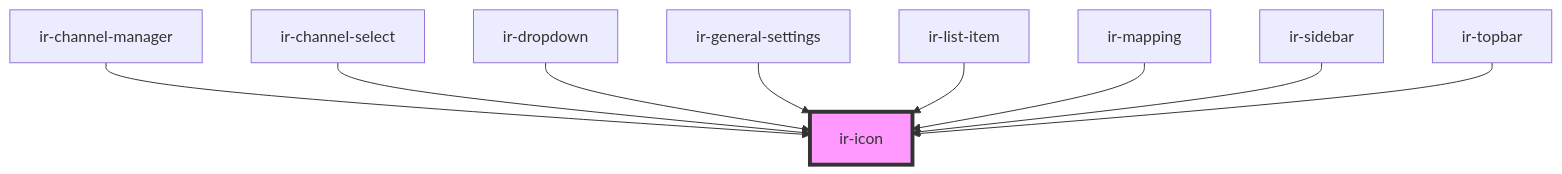
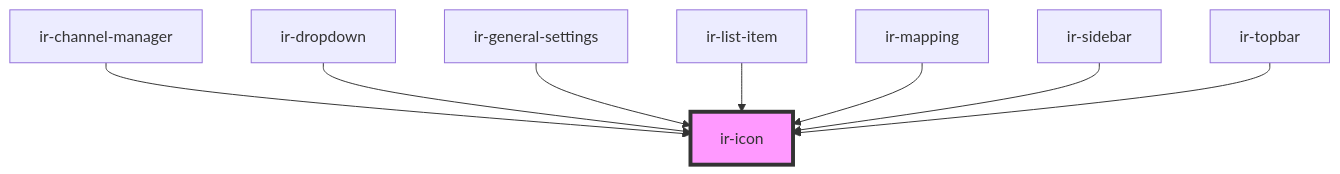
One commit to freddynasr/ir-webcmp changed the diagram in src/components/ir-icon/readme.md. Above: the diagram before and after it, drawn with Mermaid. The commit also changed other lines of this file and 30 other files, not shown here.

````diff
--- a/src/components/ir-icon/readme.md
+++ b/src/components/ir-icon/readme.md
@@ -29,12 +28,11 @@
 ```mermaid
 graph TD;
   ir-channel-manager --> ir-icon
-  ir-channel-select --> ir-icon
   ir-dropdown --> ir-icon
   ir-general-settings --> ir-icon
   ir-list-item --> ir-icon
   ir-mapping --> ir-icon
   ir-sidebar --> ir-icon
   ir-topbar --> ir-icon
   style ir-icon fill:#f9f,stroke:#333,stroke-width:4px
 ```
````
